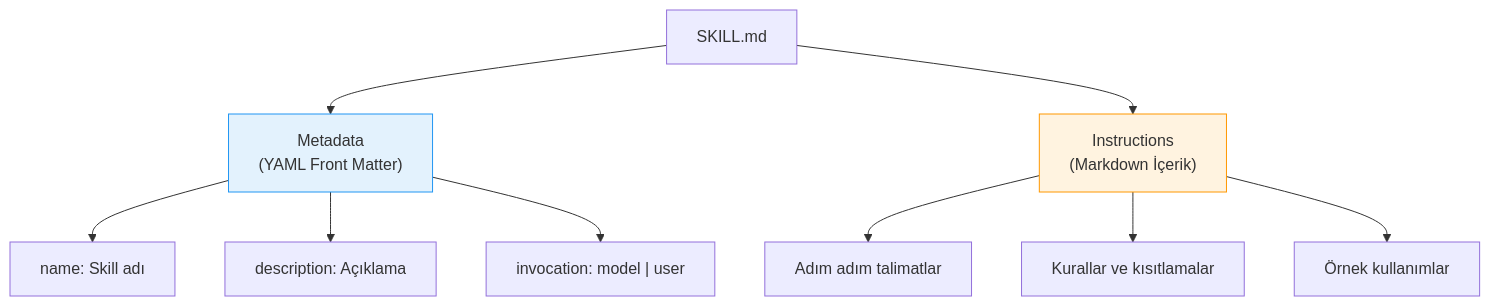
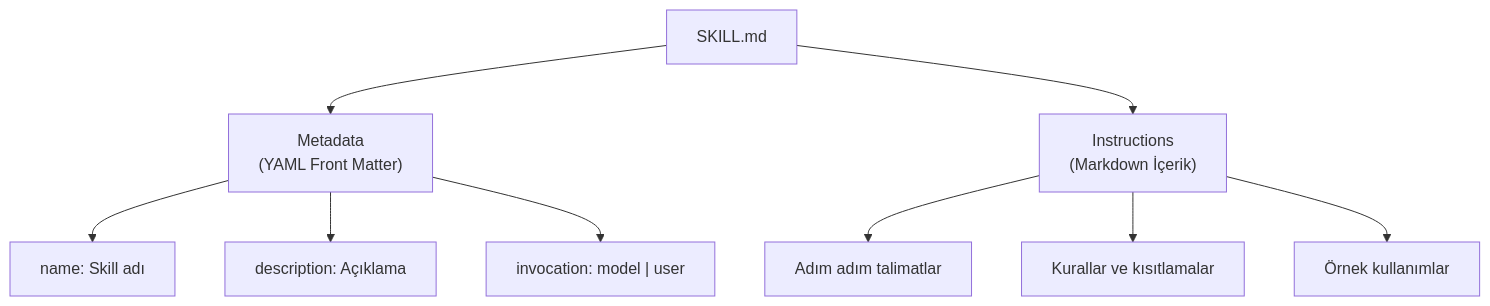
The second of 5 diagrams in 12-skills-ve-pluginler/02-skill-olusturma.md (IzzetYasinAtes/ClaudeCodeHandbook), drawn with Mermaid before and after one commit. The commit also changed other lines of this file and 97 other files, not shown here.

Commit message:
Remove all custom Mermaid style/fill colors from 98 markdown files for consistent dark theme rendering

````diff
--- a/12-skills-ve-pluginler/02-skill-olusturma.md
+++ b/12-skills-ve-pluginler/02-skill-olusturma.md
@@ -64,16 +59,14 @@
 ```mermaid
 flowchart TD
     SKILLMD["SKILL.md"] --> META["Metadata<br/>(YAML Front Matter)"]
     SKILLMD --> INST["Instructions<br/>(Markdown İçerik)"]
 
     META --> M1["name: Skill adı"]
     META --> M2["description: Açıklama"]
     META --> M3["invocation: model | user"]
 
     INST --> I1["Adım adım talimatlar"]
     INST --> I2["Kurallar ve kısıtlamalar"]
     INST --> I3["Örnek kullanımlar"]
 
-    style META fill:#e3f2fd,stroke:#2196f3
-    style INST fill:#fff3e0,stroke:#ff9800
 ```
````
